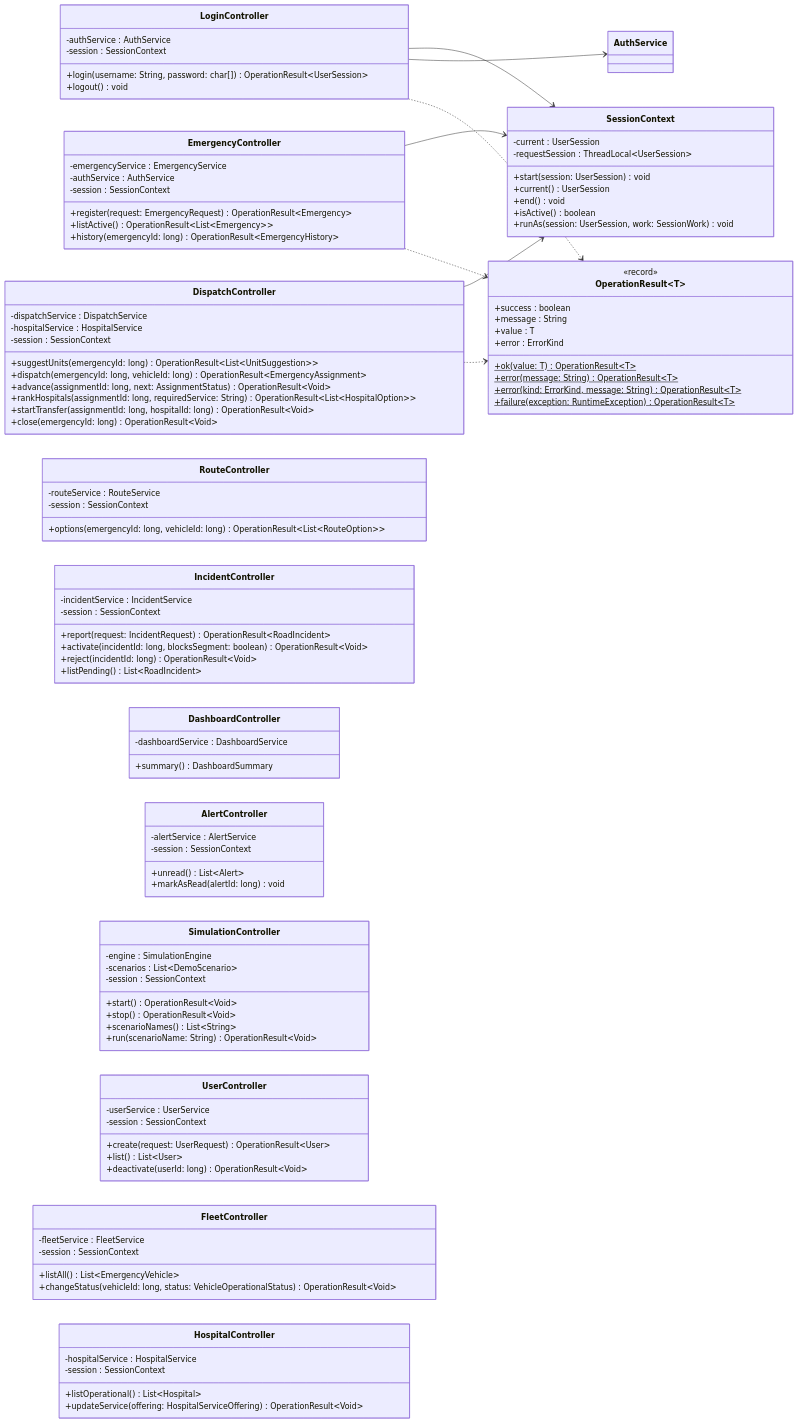
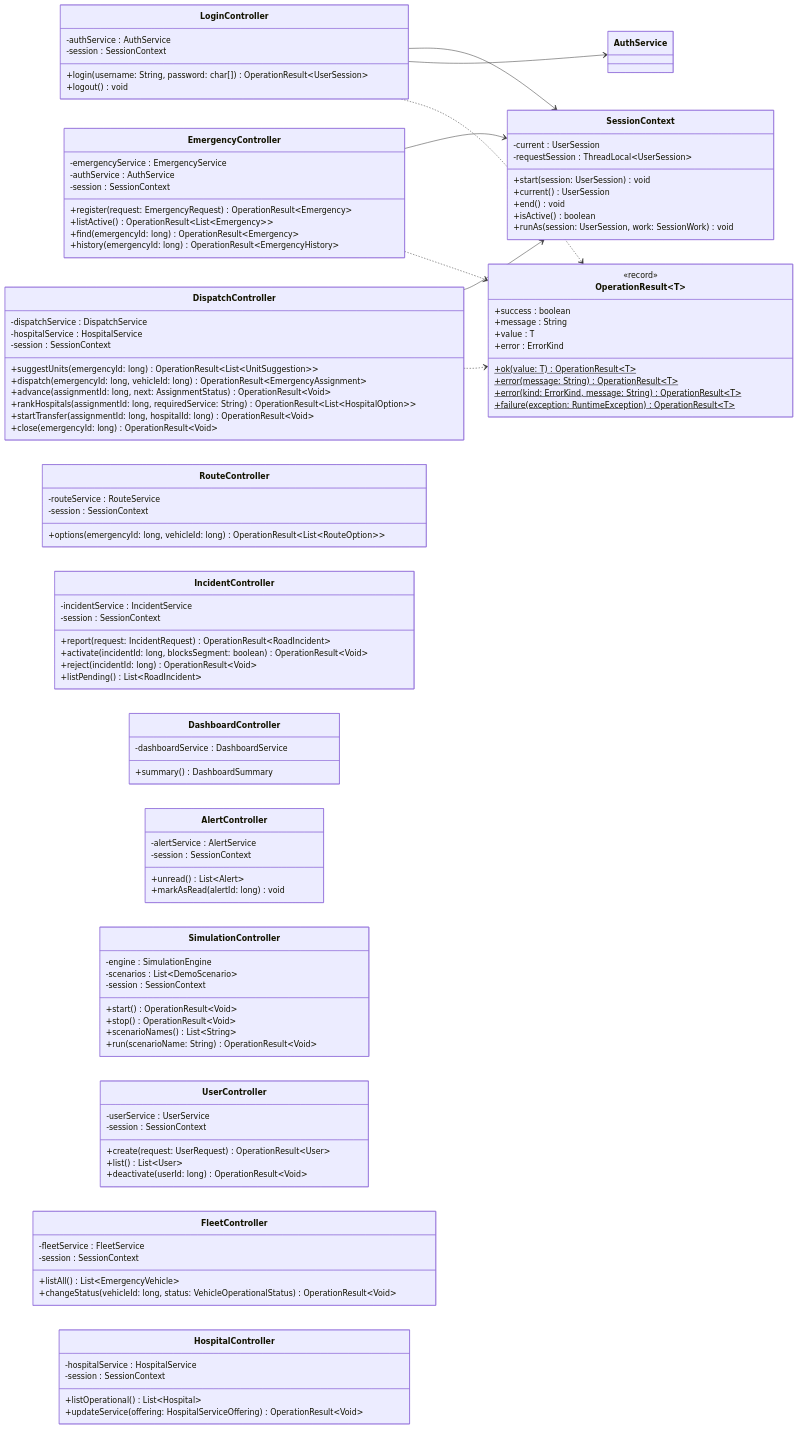
Diagram 22 of 24 in docs/class-diagram.md (afzabaleta/RutaVida), drawn with Mermaid before and after one commit. The commit also changed other lines of this file and 1 other file, not shown here.

Commit message:
docs: document-emergency-api

```diff
--- a/docs/class-diagram.md
+++ b/docs/class-diagram.md
@@ -1705,13 +1705,14 @@
         +logout() void
     }
     class EmergencyController {
-    -emergencyService : EmergencyService
-    -authService : AuthService
-    -session : SessionContext
-    +register(request: EmergencyRequest) OperationResult~Emergency~
-    +listActive() OperationResult~List~Emergency~~
-    +history(emergencyId: long) OperationResult~EmergencyHistory~
-}
+        -emergencyService : EmergencyService
+        -authService : AuthService
+        -session : SessionContext
+        +register(request: EmergencyRequest) OperationResult~Emergency~
+        +listActive() OperationResult~List~Emergency~~
+        +find(emergencyId: long) OperationResult~Emergency~
+        +history(emergencyId: long) OperationResult~EmergencyHistory~
+    }
     class DispatchController {
         -dispatchService : DispatchService
         -hospitalService : HospitalService
```
